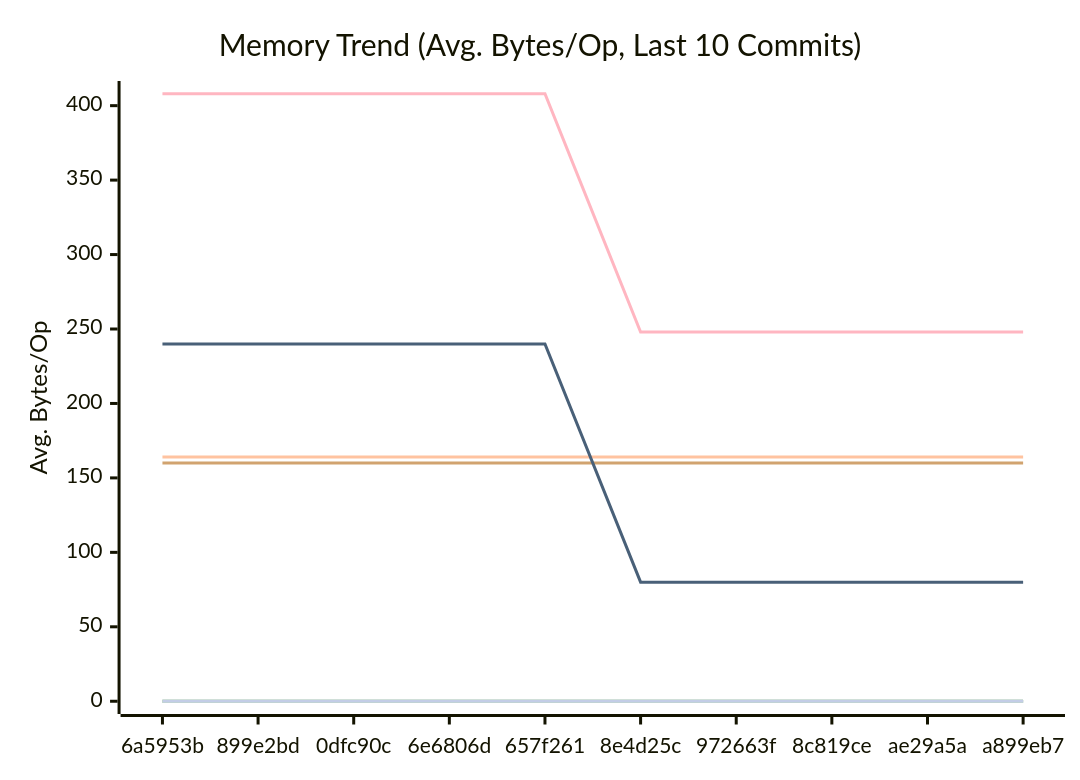
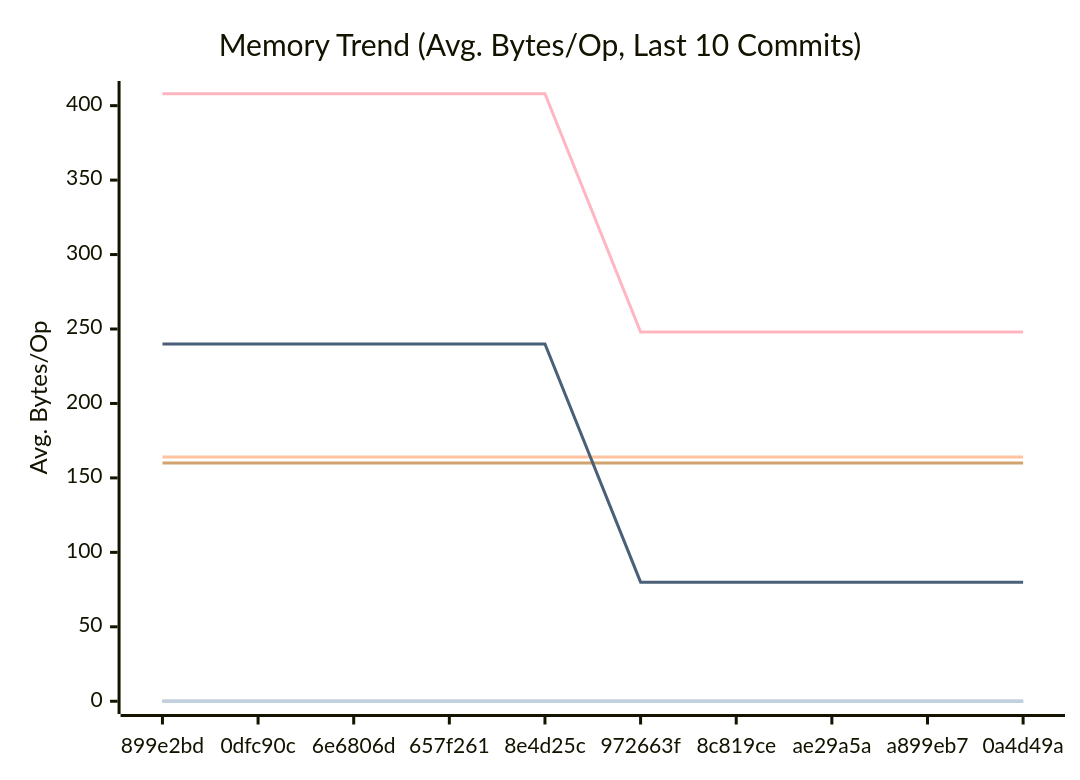
Before and after one commit to alsotoes/momo: the second of 3 diagrams in docs/PERFORMANCE.md, drawn with Mermaid. The commit also changed other lines of this file and 2 other files, not shown here.

````diff
--- a/docs/PERFORMANCE.md
+++ b/docs/PERFORMANCE.md
@@ -97,16 +97,16 @@
 ```mermaid
 xychart-beta
     title "Memory Trend (Avg. Bytes/Op, Last 10 Commits)"
     x-axis "Commit"
     y-axis "Avg. Bytes/Op"
-    x-axis [6a5953b,899e2bd,0dfc90c,6e6806d,657f261,8e4d25c,972663f,8c819ce,ae29a5a,a899eb7]
+    x-axis [899e2bd,0dfc90c,6e6806d,657f261,8e4d25c,972663f,8c819ce,ae29a5a,a899eb7,0a4d49a]
     line "CheckMetricsAndSwap" [0,0,0,0,0,0,0,0,0,0]
     line "CrushOptimized" [0,0,0,0,0,0,0,0,0,0]
     line "CrushOriginal" [164,164,164,164,164,164,164,164,164,164]
     line "IndexDirectTracking" [0,0,0,0,0,0,0,0,0,0]
     line "IndexSearch" [0,0,0,0,0,0,0,0,0,0]
     line "LoadGlobalConfig" [160,160,160,160,160,160,160,160,160,160]
     line "PadString" [0,0,0,0,0,0,0,0,0,0]
     line "ParseReplicationOrder_NoPrealloc" [408,408,408,408,408,248,248,248,248,248]
     line "ParseReplicationOrder_Prealloc" [240,240,240,240,240,80,80,80,80,80]
 ```
````
